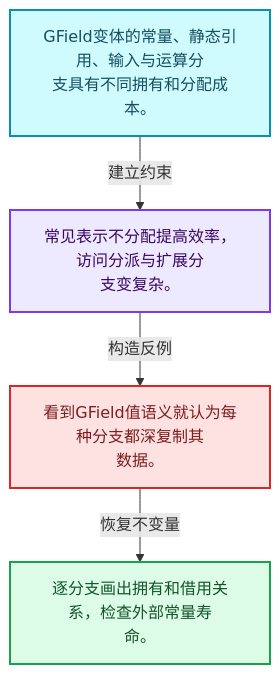
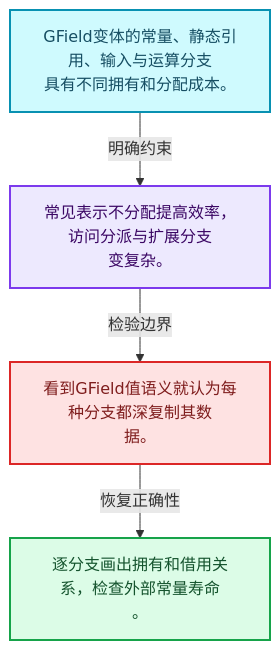
The first of 4 diagrams in 杂/markdown/全面学习-codex/08-Field表达式与求值/02-GField存储表示.md (yunkezengren/blender-.vscode), drawn with Mermaid before and after one commit. The commit also changed other lines of this file and 1930 other files, not shown here.

````diff
--- a/杂/markdown/全面学习-codex/08-Field表达式与求值/02-GField存储表示.md
+++ b/杂/markdown/全面学习-codex/08-Field表达式与求值/02-GField存储表示.md
@@ -29,16 +29,16 @@
 ```mermaid
 flowchart TB
-  M["GField变体的常量、静态引用、输入与运算分<br/>支具有不同拥有和分配成本。"]:::data
-  T["常见表示不分配提高效率，访问分派与扩展分<br/>支变复杂。"]:::abstraction
-  X["看到GField值语义就认为每种分支都深复制其<br/>数据。"]:::error
-  A["逐分支画出拥有和借用关系，检查外部常量寿<br/>命。"]:::result
-  M -->|"建立约束"| T
-  T -->|"构造反例"| X
-  X -->|"恢复不变量"| A
+  M["GField变体的常量、静态引用、输入与运算分支<br/>具有不同拥有和分配成本。"]:::data
+  C["常见表示不分配提高效率，访问分派与扩展分支<br/>变复杂。"]:::abstraction
+  B["看到GField值语义就认为每种分支都深复制其数<br/>据。"]:::error
+  R["逐分支画出拥有和借用关系，检查外部常量寿命<br/>。"]:::result
+  M -->|"明确约束"| C
+  C -->|"检验边界"| B
+  B -->|"恢复正确性"| R
   classDef input fill:#DBEAFE,stroke:#2563EB,color:#172554,stroke-width:2px;
   classDef data fill:#CFFAFE,stroke:#0891B2,color:#164E63,stroke-width:2px;
   classDef abstraction fill:#EDE9FE,stroke:#7C3AED,color:#3B0764,stroke-width:2px;
   classDef compute fill:#FEF3C7,stroke:#D97706,color:#78350F,stroke-width:2px;
   classDef result fill:#DCFCE7,stroke:#16A34A,color:#14532D,stroke-width:2px;
   classDef error fill:#FEE2E2,stroke:#DC2626,color:#7F1D1D,stroke-width:2px;
 ```
````
